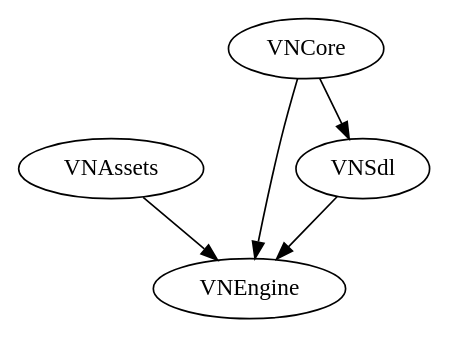
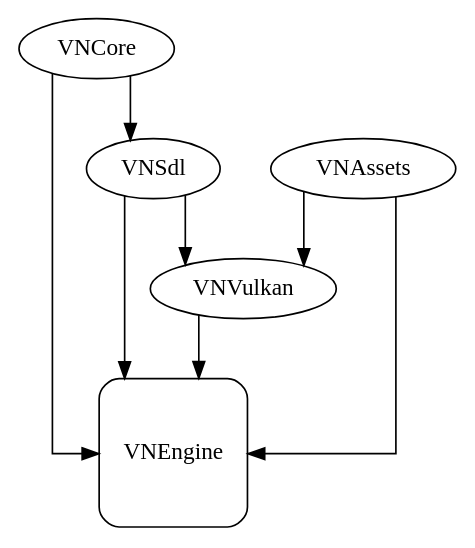
The diagram in docs/modules.dot (kieranknowles1/vulcanite), drawn with Graphviz before and after one commit. The commit also changed 3 other files, not shown here.

```diff
--- a/docs/modules.dot
+++ b/docs/modules.dot
@@ -1,13 +1,20 @@
 digraph {
-  VNAssets
-  VNCore
-  VNEngine
-  VNSdl
+  rankdir=TD
+  splines=ortho
+
+  subgraph executables {
+    node [shape=square, style=rounded]
+    VNEngine [URL="#VNEngine"]
+  }
 
   VNCore -> VNEngine
 
   VNAssets -> VNEngine
 
+  VNAssets -> VNVulkan
+  VNSdl -> VNVulkan
+  VNVulkan -> VNEngine
+
   VNCore -> VNSdl
   VNSdl -> VNEngine
 }
```
